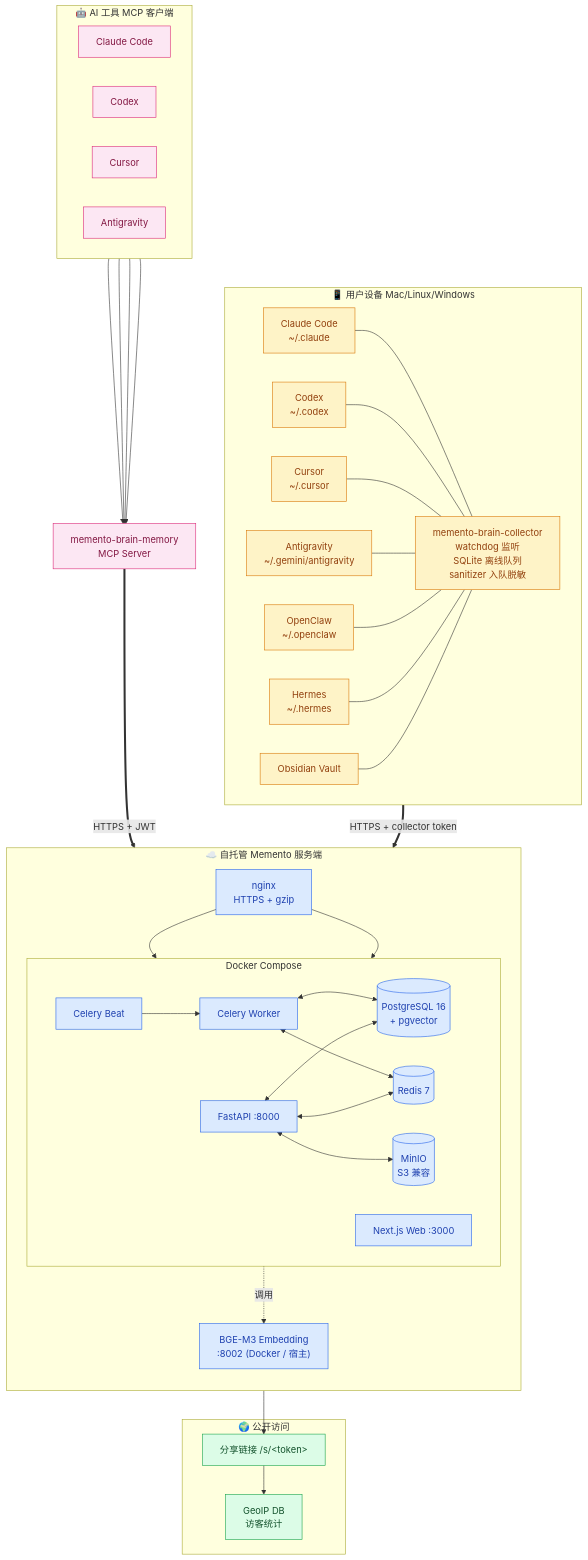
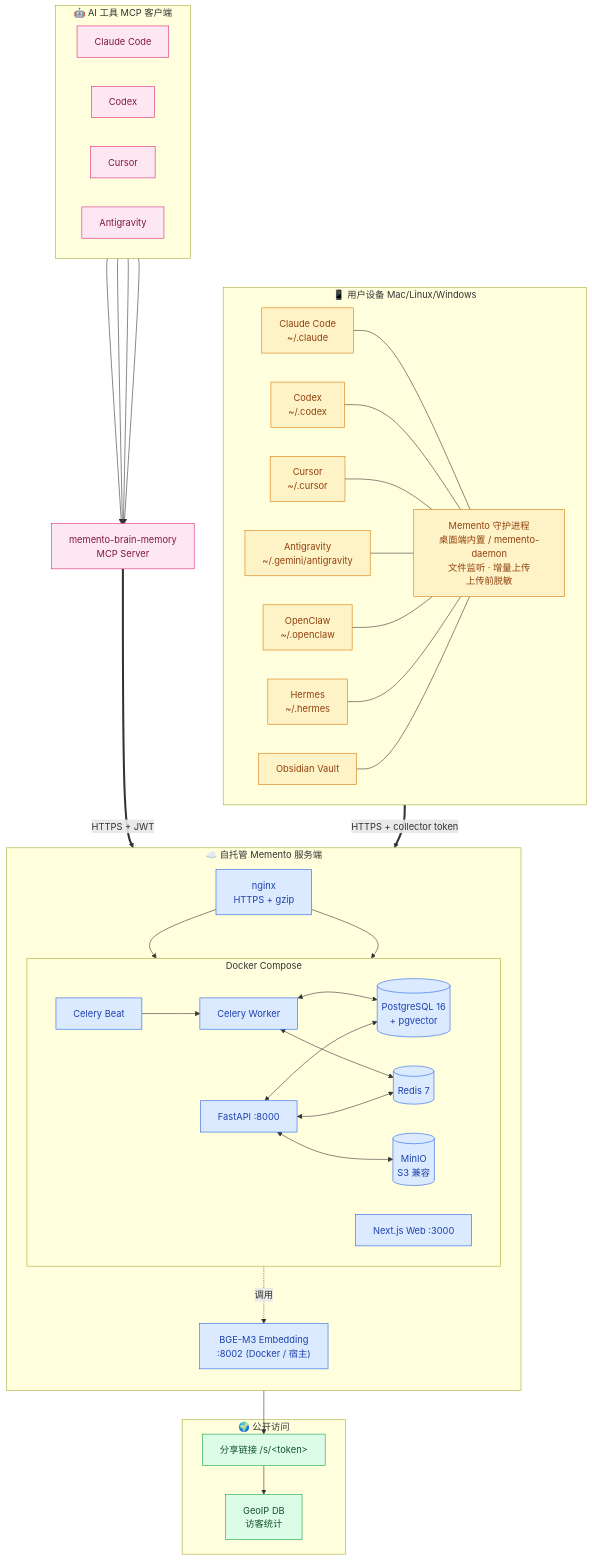
Before and after one commit to agent-memory-atlas-archive/ddong8--memento: the first of 2 diagrams in README.md, drawn with Mermaid. The commit also changed other lines of this file and 78 other files, not shown here.

````diff
--- a/README.md
+++ b/README.md
@@ -42,82 +40,82 @@
 ```mermaid
 graph TB
     subgraph DEV["📱 用户设备 Mac/Linux/Windows"]
         direction LR
         CC["Claude Code<br/>~/.claude"]
         CDX["Codex<br/>~/.codex"]
         CUR["Cursor<br/>~/.cursor"]
         AG["Antigravity<br/>~/.gemini/antigravity"]
         OC["OpenClaw<br/>~/.openclaw"]
         HM["Hermes<br/>~/.hermes"]
         OBS["Obsidian Vault"]
-        COL["memento-brain-collector<br/>watchdog 监听<br/>SQLite 离线队列<br/>sanitizer 入队脱敏"]
+        COL["Memento 守护进程<br/>桌面端内置 / memento-daemon<br/>文件监听 · 增量上传<br/>上传前脱敏"]
         CC --- COL
         CDX --- COL
         CUR --- COL
         AG --- COL
         OC --- COL
         HM --- COL
         OBS --- COL
     end
 
     subgraph SRV["☁️ 自托管 Memento 服务端"]
         direction TB
         NGX["nginx<br/>HTTPS + gzip"]
 
         subgraph DK["Docker Compose"]
             direction LR
             API["FastAPI :8000"]
             WEB["Next.js Web :3000"]
             CW["Celery Worker"]
             CB["Celery Beat"]
             PG[("PostgreSQL 16<br/>+ pgvector")]
             RD[("Redis 7")]
             S3[("MinIO<br/>S3 兼容")]
         end
 
         EMB["BGE-M3 Embedding<br/>:8002 (Docker / 宿主)"]
 
         NGX --> API
         NGX --> WEB
         API <--> PG
         API <--> RD
         API <--> S3
         API -.调用.-> EMB
         CW <--> PG
         CW <--> RD
         CB --> CW
     end
 
     subgraph CLT["🤖 AI 工具 MCP 客户端"]
         direction LR
         MCC["Claude Code"]
         MCDX["Codex"]
         MCUR["Cursor"]
         MAG["Antigravity"]
     end
 
     MCP["memento-brain-memory<br/>MCP Server"]
     MCC --> MCP
     MCDX --> MCP
     MCUR --> MCP
     MAG --> MCP
 
     COL ==>|"HTTPS + collector token"| NGX
     MCP ==>|"HTTPS + JWT"| NGX
 
     subgraph PUB["🌍 公开访问"]
         SHARE["分享链接 /s/&lt;token&gt;"]
         GEO["GeoIP DB<br/>访客统计"]
     end
     NGX --> SHARE
     SHARE --> GEO
 
     classDef device fill:#fef3c7,stroke:#d97706,color:#92400e
     classDef server fill:#dbeafe,stroke:#2563eb,color:#1e40af
     classDef client fill:#fce7f3,stroke:#db2777,color:#831843
     classDef public fill:#dcfce7,stroke:#16a34a,color:#14532d
     class CC,CDX,CUR,AG,OC,HM,OBS,COL device
     class API,WEB,CW,CB,PG,RD,S3,EMB,NGX server
     class MCC,MCDX,MCUR,MAG,MCP client
     class SHARE,GEO public
 ```
````
